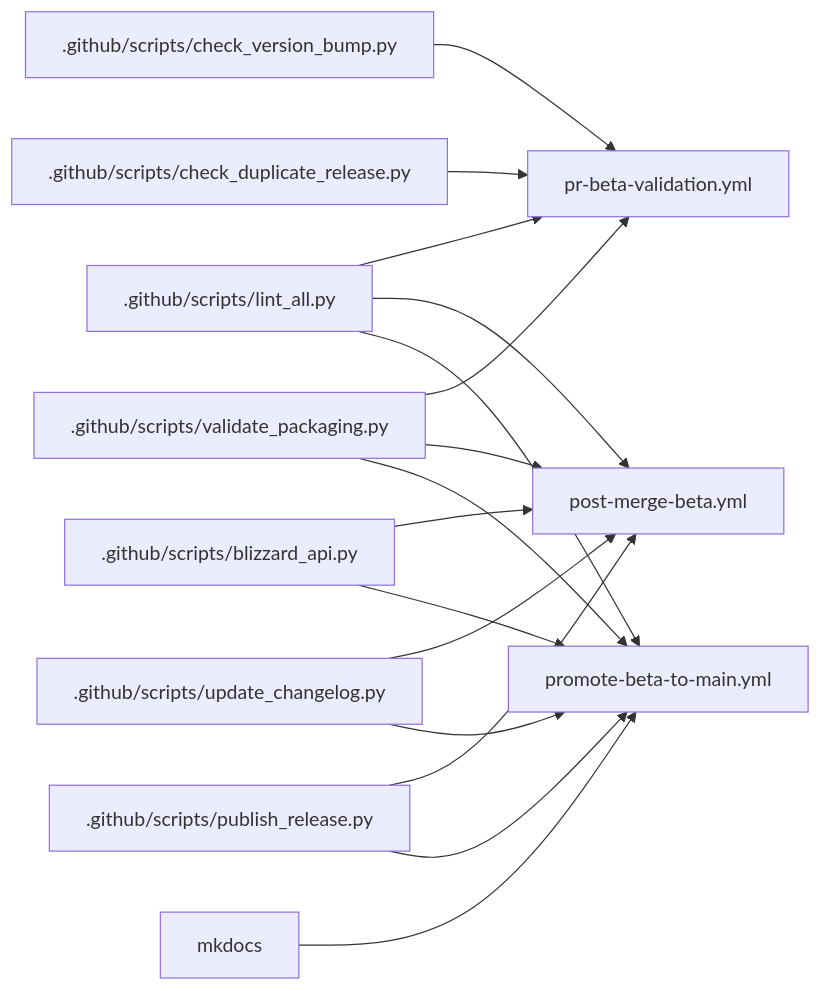
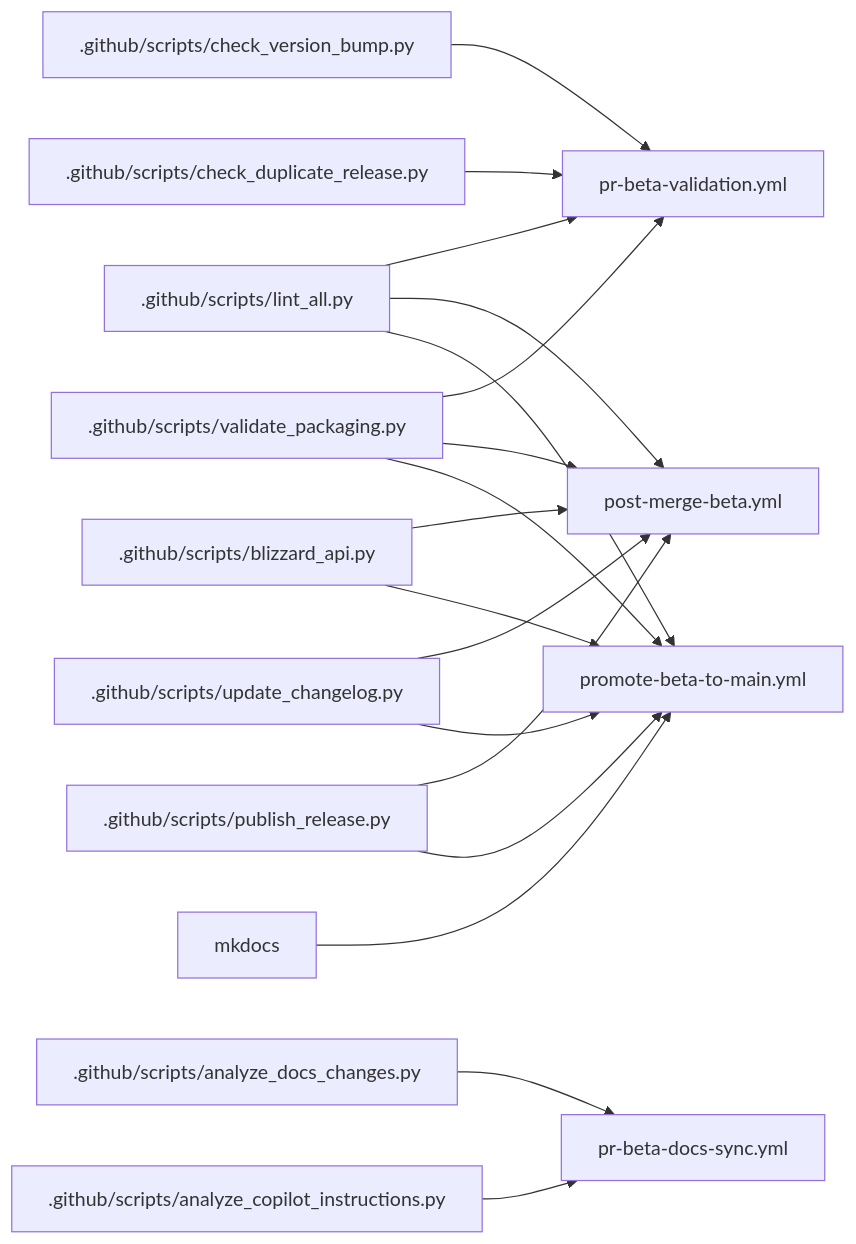
One commit to OsulivanAB/SpectrumFederation changed the second of 2 diagrams in docs/development/workflows.md. Above: the diagram before and after it, drawn with Mermaid. The commit also changed other lines of this file and 1 other file, not shown here.

Commit message:
Add documentation for pr-beta-docs-sync workflow

````diff
--- a/docs/development/workflows.md
+++ b/docs/development/workflows.md
@@ -369,21 +421,24 @@
 ```mermaid
 graph LR
     A[.github/scripts/lint_all.py] --> B[pr-beta-validation.yml]
     C[.github/scripts/validate_packaging.py] --> B
     D[.github/scripts/check_version_bump.py] --> B
     E[.github/scripts/check_duplicate_release.py] --> B
+    
+    L[.github/scripts/analyze_docs_changes.py] --> M[pr-beta-docs-sync.yml]
+    N[.github/scripts/analyze_copilot_instructions.py] --> M
     
     A --> F[post-merge-beta.yml]
     C --> F
     G[.github/scripts/blizzard_api.py] --> F
     H[.github/scripts/update_changelog.py] --> F
     I[.github/scripts/publish_release.py] --> F
     
     A --> J[promote-beta-to-main.yml]
     C --> J
     G --> J
     H --> J
     I --> J
     
     K[mkdocs] --> J
 ```
````
